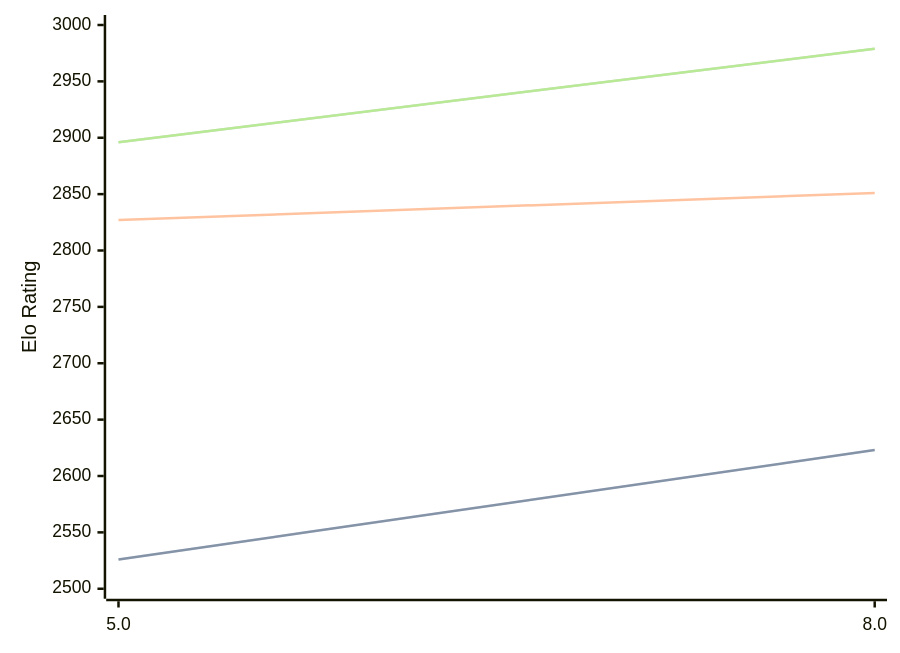
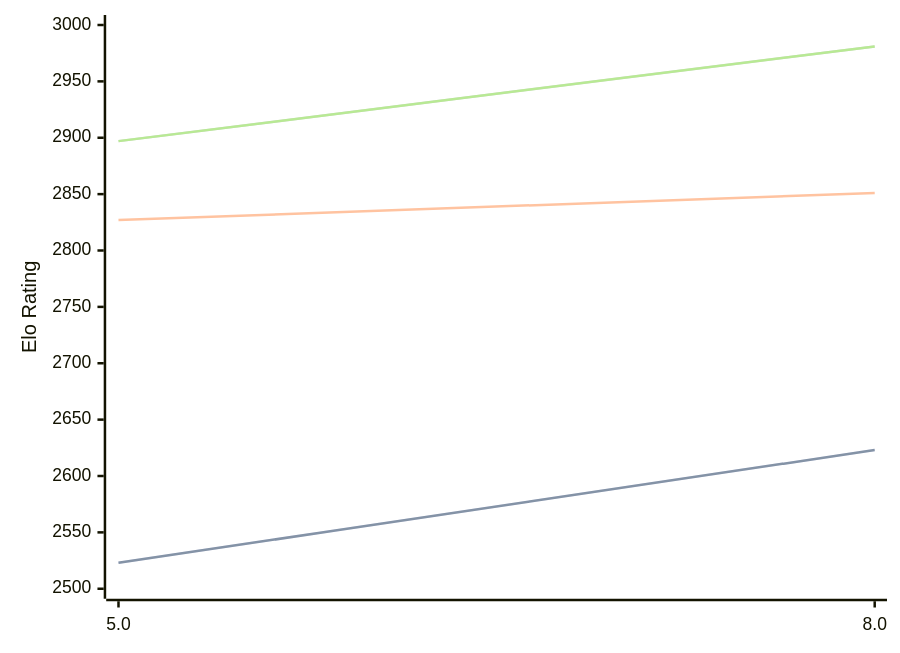
Before and after one commit to computer-chess-index/cci: the diagram in engines/4kc.md, drawn with Mermaid. The commit also changed other lines of this file, not shown here.

Commit message:
Update CCI Ratings (ELO VLTC) - 2026-04-24

````diff
--- a/engines/4kc.md
+++ b/engines/4kc.md
@@ -41,11 +41,11 @@
 ```mermaid
 %%{init: {"theme":"base","themeVariables":{"seriesColors:['#a3a3a3','#222221','#faa371']}}}%%
 xychart-beta
   x-axis ["5.0", "8.0"]
   y-axis "Elo Rating" 2500 --> 3000
-  line "STC (8.0+0.08s)" [2526, 2623]
-  line "STC (8.0+0.08s)" [2526, 2623]
+  line "STC (8.0+0.08s)" [2523, 2623]
+  line "STC (8.0+0.08s)" [2523, 2623]
   line "LTC (60.0+0.60s)" [2827, 2851]
-  line "VLTC (2m24s+1.12s)" [2896, 2979]
-  line "VLTC (2m24s+1.12s)" [2896, 2979]
+  line "VLTC (2m24s+1.12s)" [2897, 2981]
+  line "VLTC (2m24s+1.12s)" [2897, 2981]
 ```
````
